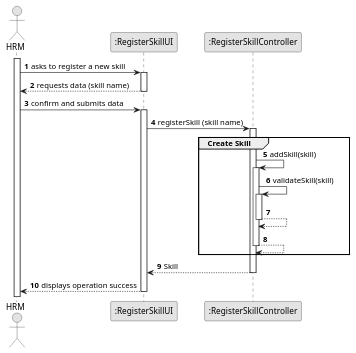
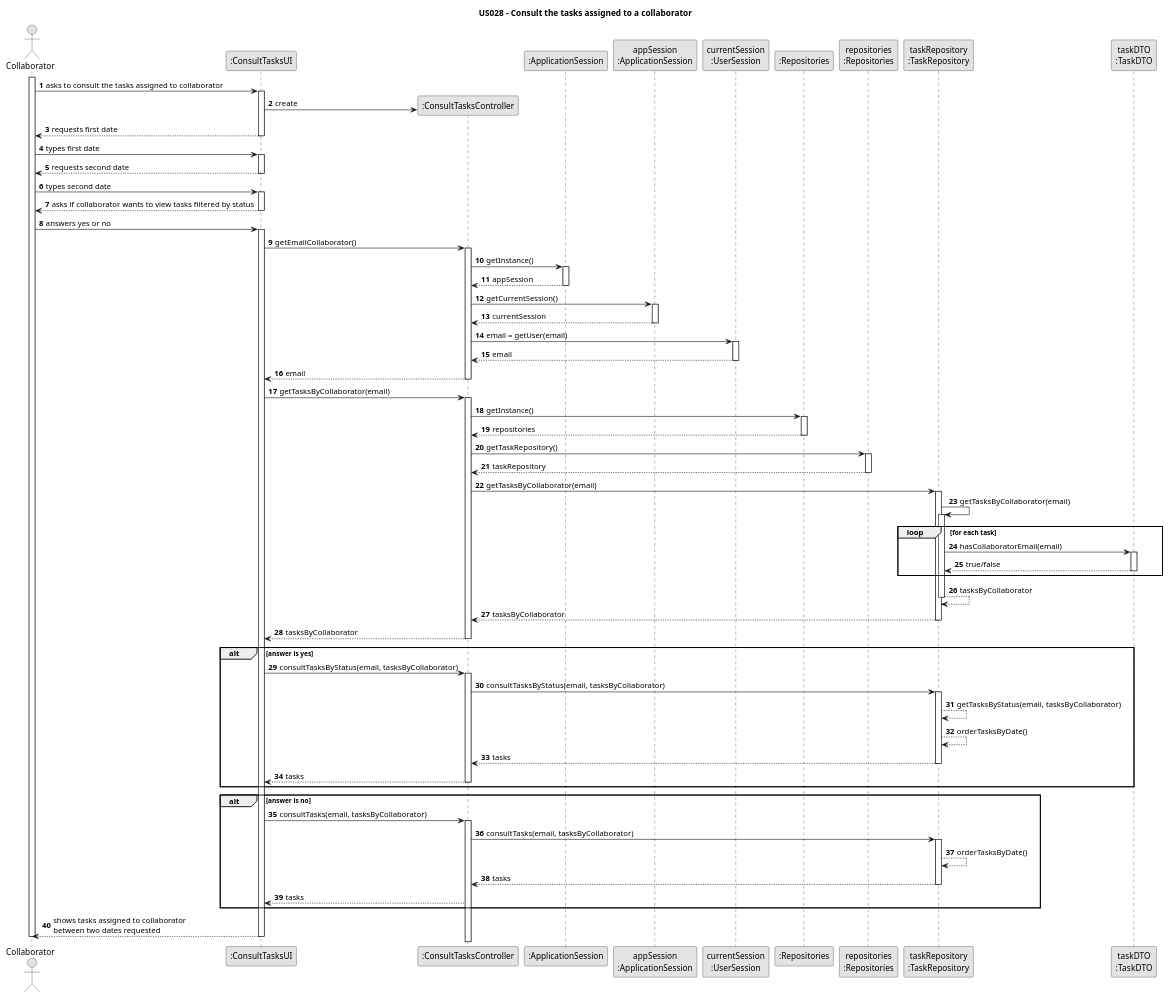
Before and after one commit to Departamento-de-Engenharia-Informatica/lei-24-s2-1dm-g132: the diagram in docs/sprintC/us028/03.design/puml/us028-sequence-diagram-full.puml, drawn with PlantUML. The commit also changed 7 other files, not shown here.

Commit message:
US28 fixed sequence diagram full and created split and partials

```diff
--- a/docs/sprintC/us028/03.design/puml/us028-sequence-diagram-full.puml
+++ b/docs/sprintC/us028/03.design/puml/us028-sequence-diagram-full.puml
@@ -1,50 +1,141 @@
 @startuml
 skinparam monochrome true
 skinparam packageStyle rectangle
 skinparam shadowing false
 
+title US028 - Consult the tasks assigned to a collaborator
+
 autonumber
 
-'hide footbox
-actor "HRM" as HRM
-participant ":RegisterSkillUI" as UI
-participant ":RegisterSkillController" as CTRL
+actor "Collaborator" as Employee
+participant ":ConsultTasksUI" as UI
+participant ":ConsultTasksController" as CTRL
+participant ":ApplicationSession" as _APP
+participant "appSession\n:ApplicationSession" as APP
+participant "currentSession\n:UserSession" as SESSION
+participant ":Repositories" as RepositorySingleton
+participant "repositories\n:Repositories" as PLAT
+participant "taskRepository\n:TaskRepository" as TaskRepository
+participant "taskDTO\n:TaskDTO" as TaskDTO
 
-activate HRM
+activate Employee
 
-        HRM -> UI : asks to register a new skill
-activate UI
+    Employee -> UI : asks to consult the tasks assigned to collaborator
+    activate UI
 
-        UI --> HRM : requests data (skill name)
-         deactivate UI
+    UI -> CTRL** : create
 
-    HRM -> UI : confirm and submits data
-        activate UI
+    UI --> Employee : requests first date
+    deactivate UI
 
-                UI -> CTRL : registerSkill (skill name)
-            activate CTRL
-    group Create Skill
+    Employee -> UI : types first date
+    activate UI
 
-                                        CTRL -> CTRL: addSkill(skill)
+    UI --> Employee : requests second date
+    deactivate UI
 
-                                                                           activate CTRL
-                                                                               CTRL -> CTRL: validateSkill(skill)
-                                                                               activate CTRL
-                                                                                   CTRL --> CTRL
-                                                                               deactivate CTRL
+    Employee -> UI : types second date
+    activate UI
 
-                                                                               CTRL --> CTRL
-                                                                               deactivate CTRL
-                                                                               end
+    UI --> Employee : asks if collaborator wants to view tasks filtered by status
+    deactivate UI
 
-            CTRL --> UI : Skill
-            deactivate CTRL
+    Employee -> UI : answers yes or no
+    activate UI
+
+    UI -> CTRL : getEmailCollaborator()
+    activate CTRL
+
+    CTRL -> _APP : getInstance()
+    activate _APP
+
+    _APP --> CTRL : appSession
+    deactivate _APP
+
+    CTRL -> APP : getCurrentSession()
+    activate APP
+
+    APP --> CTRL : currentSession
+    deactivate APP
+
+    CTRL -> SESSION : email = getUser(email)
+    activate SESSION
+
+    SESSION --> CTRL : email
+    deactivate SESSION
+
+    CTRL --> UI : email
+    deactivate CTRL
+
+    UI -> CTRL : getTasksByCollaborator(email)
+    activate CTRL
+
+    CTRL -> RepositorySingleton : getInstance()
+    activate RepositorySingleton
+
+    RepositorySingleton --> CTRL: repositories
+    deactivate RepositorySingleton
+
+    CTRL -> PLAT : getTaskRepository()
+    activate PLAT
+
+    PLAT --> CTRL: taskRepository
+    deactivate PLAT
+
+    CTRL -> TaskRepository : getTasksByCollaborator(email)
+    activate TaskRepository
+    TaskRepository -> TaskRepository : getTasksByCollaborator(email)
+    activate TaskRepository
+    loop for each task
+    TaskRepository -> TaskDTO : hasCollaboratorEmail(email)
+    activate TaskDTO
+    TaskDTO --> TaskRepository : true/false
+    deactivate TaskDTO
+    end
+    TaskRepository --> TaskRepository : tasksByCollaborator
+    deactivate TaskRepository
 
 
-            UI --> HRM : displays operation success
-        deactivate UI
+    TaskRepository --> CTRL : tasksByCollaborator
+    deactivate TaskRepository
+
+    CTRL --> UI : tasksByCollaborator
+    deactivate CTRL
 
 
+    alt answer is yes
+        UI -> CTRL : consultTasksByStatus(email, tasksByCollaborator)
+        activate CTRL
+
+        CTRL -> TaskRepository : consultTasksByStatus(email, tasksByCollaborator)
+        activate TaskRepository
+
+        TaskRepository --> TaskRepository : getTasksByStatus(email, tasksByCollaborator)
+        TaskRepository --> TaskRepository : orderTasksByDate()
+        TaskRepository --> CTRL : tasks
+        deactivate TaskRepository
+
+        CTRL --> UI : tasks
+        deactivate CTRL
+    end
+
+    alt answer is no
+        UI -> CTRL : consultTasks(email, tasksByCollaborator)
+        activate CTRL
+
+        CTRL -> TaskRepository : consultTasks(email, tasksByCollaborator)
+        activate TaskRepository
+
+        TaskRepository --> TaskRepository : orderTasksByDate()
+        TaskRepository --> CTRL : tasks
+        deactivate TaskRepository
+
+        CTRL --> UI : tasks
+    end
 
 
+    UI --> Employee : shows tasks assigned to collaborator \nbetween two dates requested
+    deactivate UI
+
+deactivate Employee
 @enduml
```
